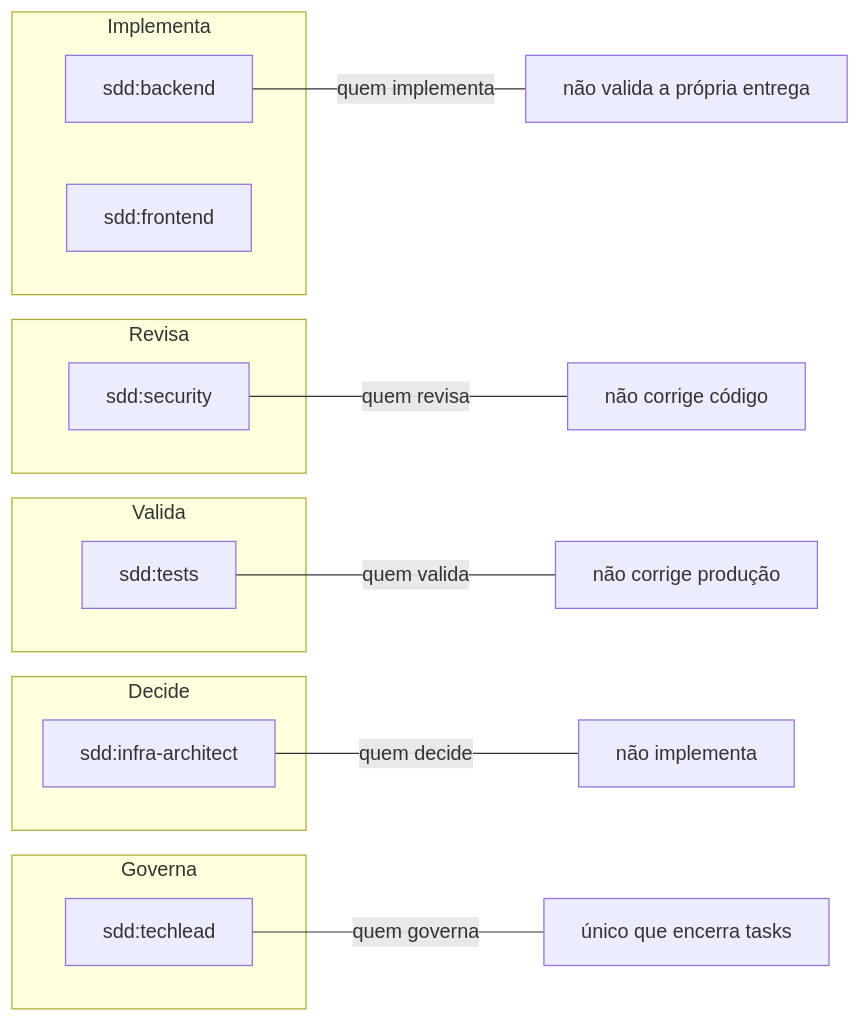
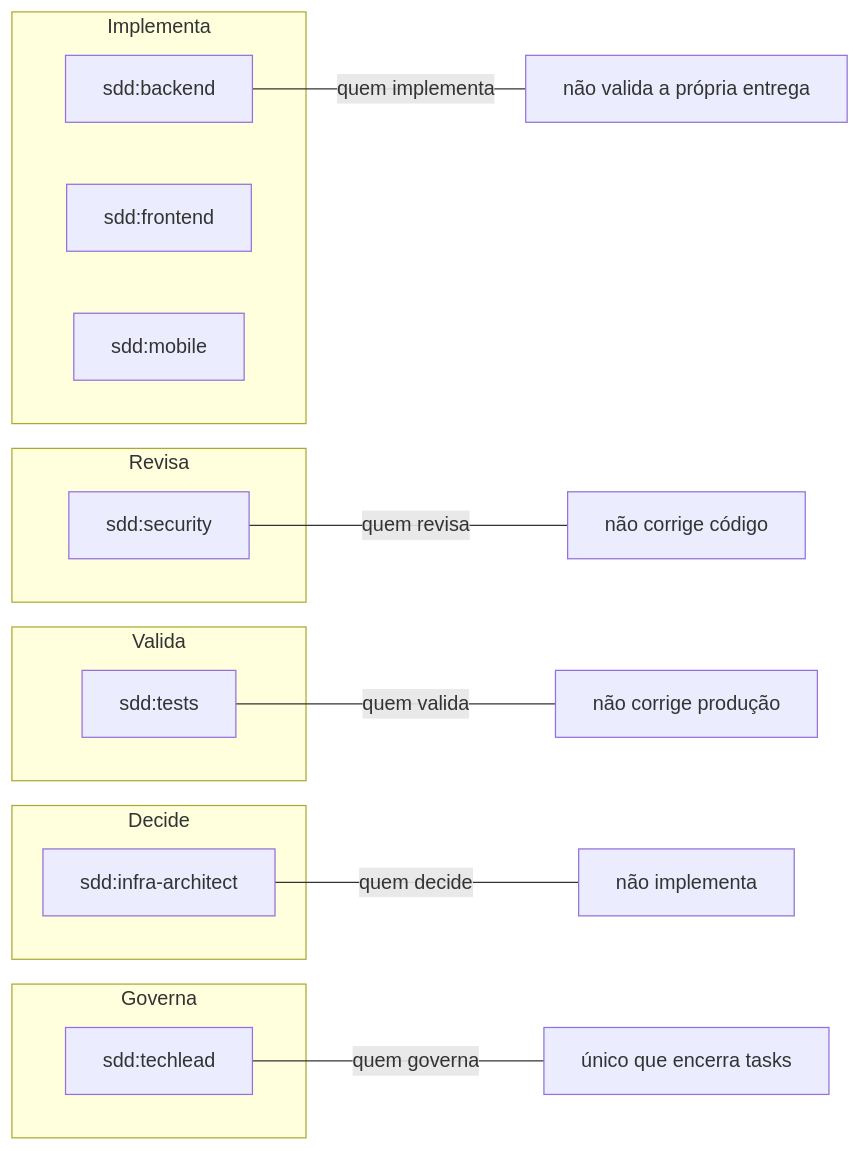
One commit to powerlok/claude-sdd-framework changed the fifth of 9 diagrams in docs/arquitetura.md. Above: the diagram before and after it, drawn with Mermaid. The commit also changed other lines of this file and 26 other files, not shown here.

First line of the commit message:
sdd 0.9.0: agente mobile (React Native/Expo) e fluxo Git local com confirmação

````diff
--- a/docs/arquitetura.md
+++ b/docs/arquitetura.md
@@ -208,25 +212,26 @@
 ```mermaid
 flowchart LR
     subgraph Implementa
         BE[sdd:backend]
         FE[sdd:frontend]
+        MB[sdd:mobile]
     end
     subgraph Revisa
         SC[sdd:security]
     end
     subgraph Valida
         TS[sdd:tests]
     end
     subgraph Decide
         IA[sdd:infra-architect]
     end
     subgraph Governa
         TL[sdd:techlead]
     end
 
     BE ---|"quem implementa"| X1[não valida a própria entrega]
     SC ---|"quem revisa"| X5[não corrige código]
     TS ---|"quem valida"| X2[não corrige produção]
     IA ---|"quem decide"| X3[não implementa]
     TL ---|"quem governa"| X4[único que encerra tasks]
 ```
````
